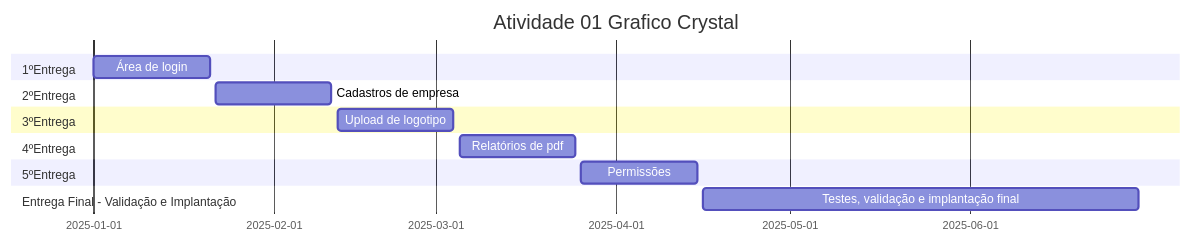
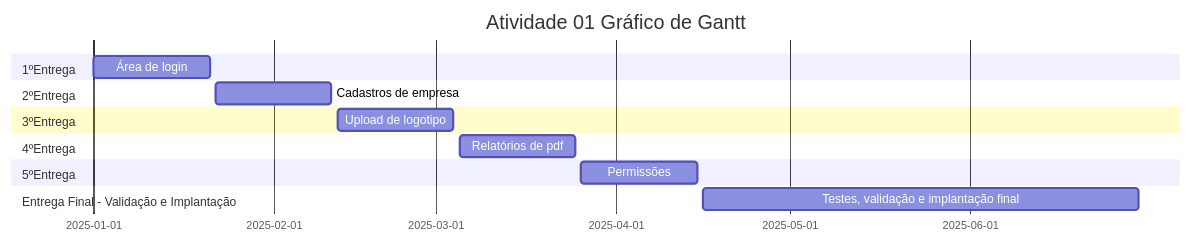
Before and after one commit to Richardo-o/grafico_g: the sixth of 7 diagrams in README.md, drawn with Mermaid. The commit also changed other lines of this file, not shown here.

````diff
--- a/README.md
+++ b/README.md
@@ -65,23 +65,23 @@
 ```mermaid
 gantt
-title Atividade 01 Grafico Crystal
+title Atividade 01 Gráfico de Gantt
 dateFormat YYYY-MM-DD
 section 1ºEntrega
 Área de login :login, 2025-01-01, 2025-01-21
 
 section 2ºEntrega
 Cadastros de empresa :crud, 2025-01-22, 2025-02-11
 
 section 3ºEntrega
 Upload de logotipo :logo, 2025-02-12, 2025-03-04
 
 section 4ºEntrega
 Relatórios de pdf :relatorios, 2025-03-05, 2025-03-25
 
 section 5ºEntrega
 Permissões :painel, 2025-03-26, 2025-04-15
 
 section Entrega Final - Validação e Implantação
 Testes, validação e implantação final :final, 2025-04-16, 2025-06-30
 
 ```
````
